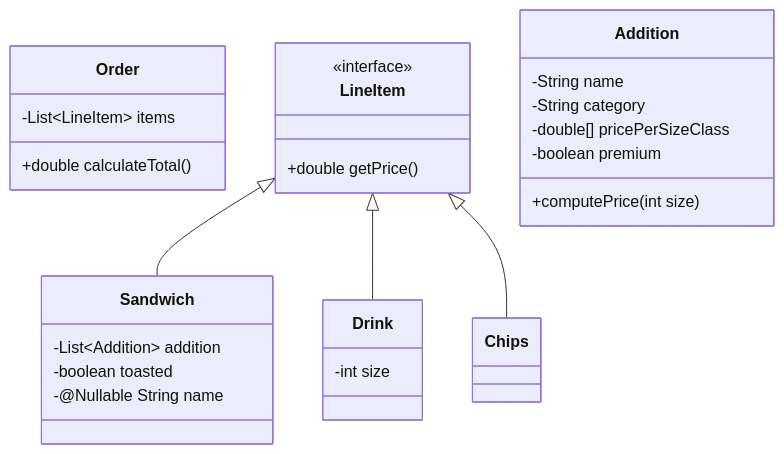
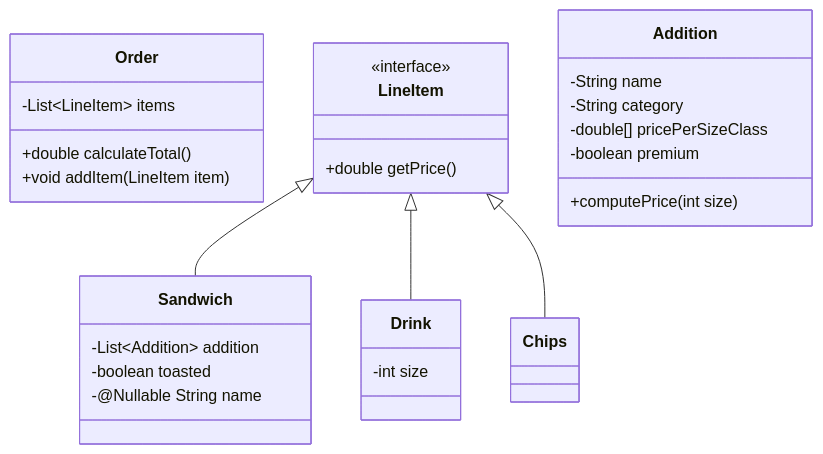
One commit to yuujn/nuclear-subs changed the first of 3 diagrams in diagrams/class_diagrams.md. Above: the diagram before and after it, drawn with Mermaid. The commit also changed 2 other files, not shown here.

Commit message:
fill in Order class and add LineItem interface

````diff
--- a/diagrams/class_diagrams.md
+++ b/diagrams/class_diagrams.md
@@ -3,34 +3,35 @@
 ```mermaid
 classDiagram
     class Order {
         -List&lt;LineItem&gt; items
         +double calculateTotal()
+        +void addItem(LineItem item)
     }
     class LineItem {
         <<interface>>
         +double getPrice()
     }
     
     LineItem <|-- Sandwich
     class Sandwich {
         -List&lt;Addition&gt; addition
         -boolean toasted
         -@Nullable String name
     }
     class Addition {
         -String name
         -String category
         -double[] pricePerSizeClass
         -boolean premium
         +computePrice(int size)
     }
     
     LineItem <|-- Drink
     class Drink {
         -int size
     }
     LineItem <|-- Chips
     class Chips {
         
     }
 ```
````
